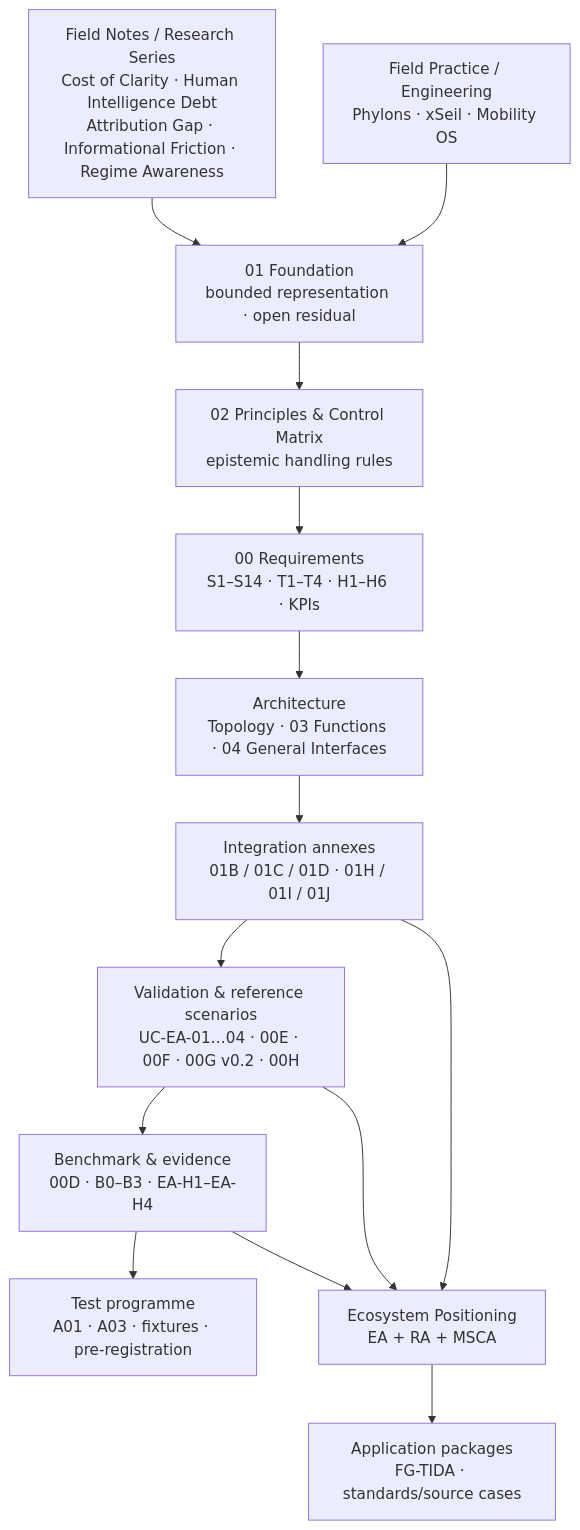
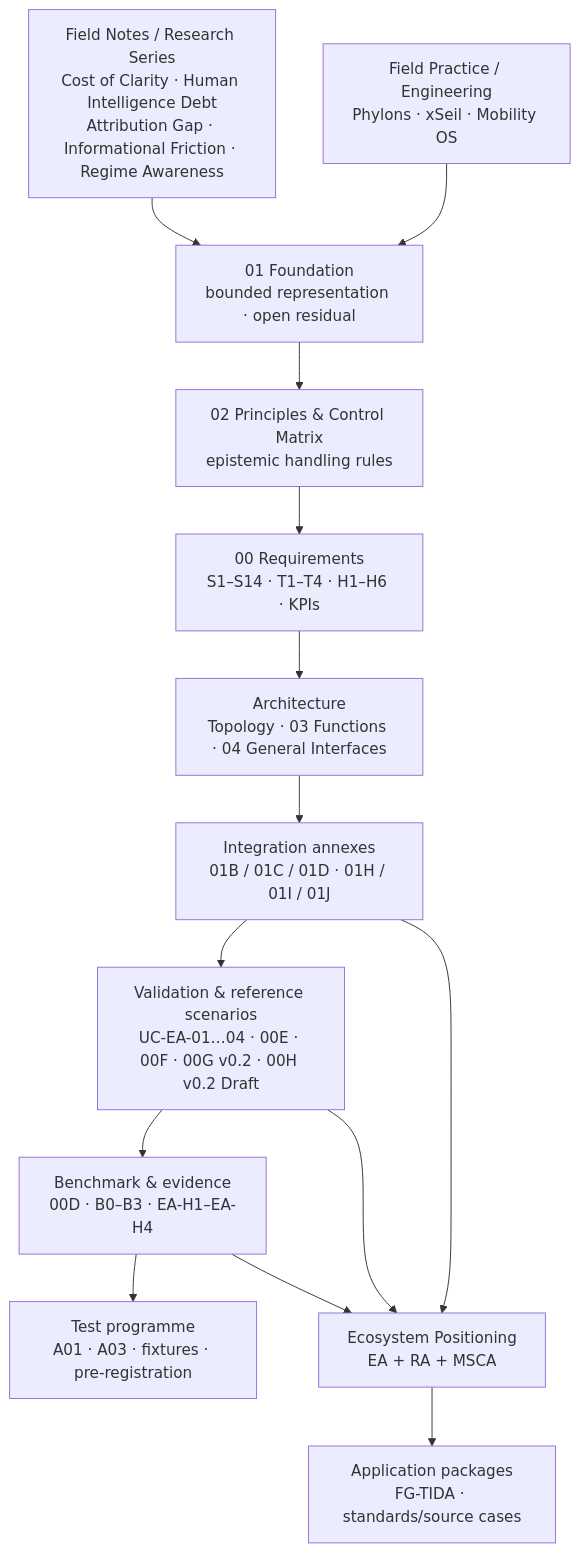
Before and after one commit to dakleyer/structural-awareness-contributions: the first of 9 diagrams in research/ecosystem-awareness/VISUAL_GUIDE.md, drawn with Mermaid. The commit also changed other lines of this file, not shown here.

Commit message:
docs: show latest 00H draft in visual route

````diff
--- a/research/ecosystem-awareness/VISUAL_GUIDE.md
+++ b/research/ecosystem-awareness/VISUAL_GUIDE.md
@@ -9,23 +9,23 @@
 ```mermaid
 flowchart TB
     FN["Field Notes / Research Series<br/>Cost of Clarity · Human Intelligence Debt<br/>Attribution Gap · Informational Friction · Regime Awareness"]
     ENG["Field Practice / Engineering<br/>Phylons · xSeil · Mobility OS"]
     F["01 Foundation<br/>bounded representation · open residual"]
     P["02 Principles & Control Matrix<br/>epistemic handling rules"]
     R["00 Requirements<br/>S1–S14 · T1–T4 · H1–H6 · KPIs"]
     A["Architecture<br/>Topology · 03 Functions · 04 General Interfaces"]
     I["Integration annexes<br/>01B / 01C / 01D · 01H / 01I / 01J"]
-    V["Validation & reference scenarios<br/>UC-EA-01…04 · 00E · 00F · 00G v0.2 · 00H"]
+    V["Validation & reference scenarios<br/>UC-EA-01…04 · 00E · 00F · 00G v0.2 · 00H v0.2 Draft"]
     B["Benchmark & evidence<br/>00D · B0–B3 · EA-H1–EA-H4"]
     T["Test programme<br/>A01 · A03 · fixtures · pre-registration"]
     EP["Ecosystem Positioning<br/>EA + RA + MSCA"]
     APP["Application packages<br/>FG-TIDA · standards/source cases"]
 
     FN --> F
     ENG --> F
     F --> P --> R --> A --> I --> V --> B --> T
     I --> EP
     V --> EP
     B --> EP
     EP --> APP
 ```
````
